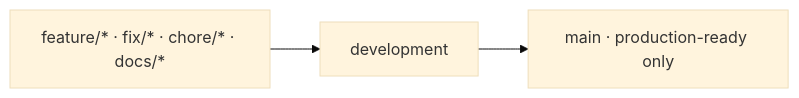
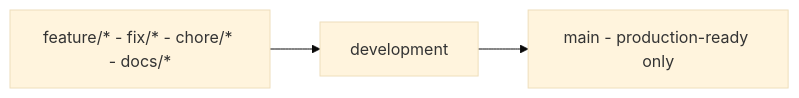
One commit to toxicoder/ez-comfy-stack changed the second of 4 diagrams in docs/learn/merges.md. Above: the diagram before and after it, drawn with Mermaid (base theme). The commit also changed other lines of this file and 1894 other files, not shown here.

````diff
--- a/docs/learn/merges.md
+++ b/docs/learn/merges.md
@@ -51,5 +51,5 @@
 ```mermaid
 flowchart LR
-  Feat["feature/* · fix/* · chore/* · docs/*"] --> Dev["development"]
-  Dev --> Main["main · production-ready only"]
+  Feat["feature/* - fix/* - chore/* - docs/*"] --> Dev["development"]
+  Dev --> Main["main - production-ready only"]
 ```
````
